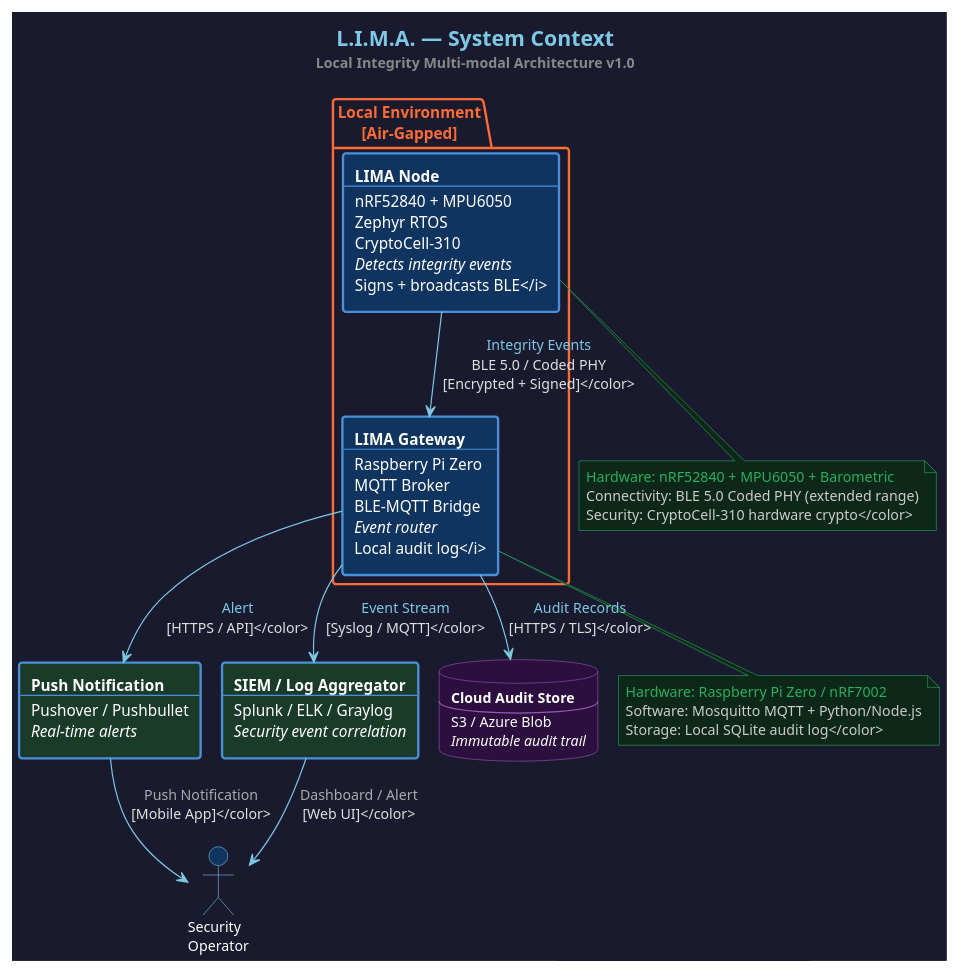
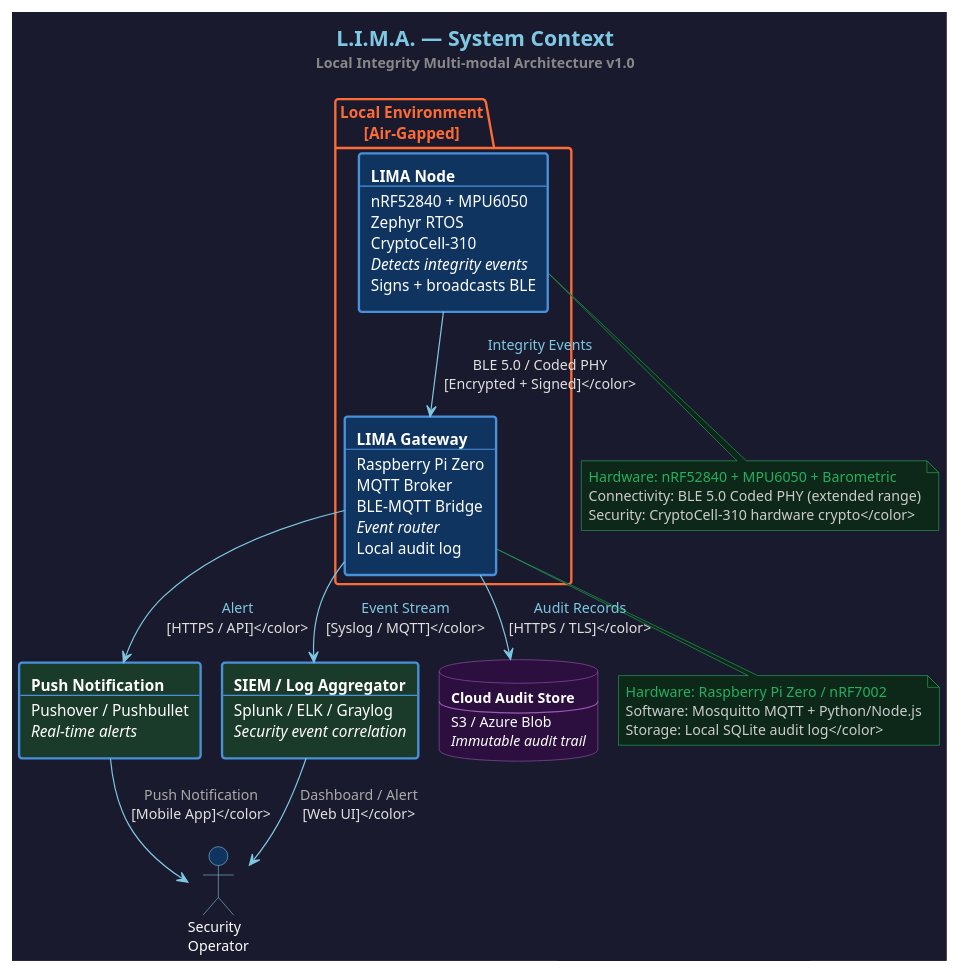
The diagram in docs/architecture/context.puml (jknoxdev/lima-node), drawn with PlantUML before and after one commit.

Commit message:
removed non-rendered italic closures

```diff
--- a/docs/architecture/context.puml
+++ b/docs/architecture/context.puml
@@ -1,65 +1,65 @@
 @startuml context
 !pragma layout smetana
 
 skinparam {
     BackgroundColor #1a1a2e
     ArrowColor #7EC8E3
     ArrowFontColor #CCCCCC
     ArrowFontSize 11
     DefaultFontName Arial
     DefaultFontColor #E0E0E0
     DefaultFontSize 12
     RectangleBorderColor #4A90D9
     RectangleBorderThickness 2
     RectangleBackgroundColor #0f3460
     RectangleFontColor #FFFFFF
     RectangleFontSize 13
     PackageBorderColor #FF6B35
     PackageBorderThickness 2
     PackageBackgroundColor #1a1a2e
     PackageFontColor #FF6B35
     PackageFontSize 13
     ActorBorderColor #7EC8E3
     ActorBackgroundColor #0f3460
     ActorFontColor #FFFFFF
     DatabaseBorderColor #9B59B6
     DatabaseBackgroundColor #2C0E3F
     DatabaseFontColor #FFFFFF
     NoteBorderColor #27AE60
     NoteBackgroundColor #0D2818
     NoteFontColor #CCCCCC
 }
 
 title <size:18><color:#7EC8E3><b>L.I.M.A. — System Context</b></color></size>\n<size:12><color:#888888>Local Integrity Multi-modal Architecture v1.0</color></size>
 
 actor "Security\nOperator" as operator #0f3460
 
 package "Local Environment\n[Air-Gapped]" as local {
-    rectangle "<b>LIMA Node</b>\n--\nnRF52840 + MPU6050\nZephyr RTOS\nCryptoCell-310\n<i>Detects integrity events\nSigns + broadcasts BLE</i>" as node #0f3460
-    rectangle "<b>LIMA Gateway</b>\n--\nRaspberry Pi Zero\nMQTT Broker\nBLE-MQTT Bridge\n<i>Event router\nLocal audit log</i>" as gateway #0f3460
+    rectangle "<b>LIMA Node</b>\n--\nnRF52840 + MPU6050\nZephyr RTOS\nCryptoCell-310\n<i>Detects integrity events\nSigns + broadcasts BLE" as node #0f3460
+    rectangle "<b>LIMA Gateway</b>\n--\nRaspberry Pi Zero\nMQTT Broker\nBLE-MQTT Bridge\n<i>Event router\nLocal audit log" as gateway #0f3460
 }
 
-rectangle "<b>Push Notification</b>\n--\nPushover / Pushbullet\n<i>Real-time alerts</i>" as push #1a3a2a
-rectangle "<b>SIEM / Log Aggregator</b>\n--\nSplunk / ELK / Graylog\n<i>Security event correlation</i>" as siem #1a3a2a
-database "<b>Cloud Audit Store</b>\n--\nS3 / Azure Blob\n<i>Immutable audit trail</i>" as cloud #2C0E3F
+rectangle "<b>Push Notification</b>\n--\nPushover / Pushbullet\n<i>Real-time alerts" as push #1a3a2a
+rectangle "<b>SIEM / Log Aggregator</b>\n--\nSplunk / ELK / Graylog\n<i>Security event correlation" as siem #1a3a2a
+database "<b>Cloud Audit Store</b>\n--\nS3 / Azure Blob\n<i>Immutable audit trail" as cloud #2C0E3F
 
 node --> gateway : <color:#7EC8E3>Integrity Events\nBLE 5.0 / Coded PHY\n[Encrypted + Signed]</color>
 gateway --> push : <color:#7EC8E3>Alert\n[HTTPS / API]</color>
 gateway --> siem : <color:#7EC8E3>Event Stream\n[Syslog / MQTT]</color>
 gateway --> cloud : <color:#7EC8E3>Audit Records\n[HTTPS / TLS]</color>
 push --> operator : <color:#AAAAAA>Push Notification\n[Mobile App]</color>
 siem --> operator : <color:#AAAAAA>Dashboard / Alert\n[Web UI]</color>
 
 note bottom of node
   <color:#27AE60>Hardware: nRF52840 + MPU6050 + Barometric
   Connectivity: BLE 5.0 Coded PHY (extended range)
   Security: CryptoCell-310 hardware crypto</color>
 end note
 
 note bottom of gateway
   <color:#27AE60>Hardware: Raspberry Pi Zero / nRF7002
   Software: Mosquitto MQTT + Python/Node.js
   Storage: Local SQLite audit log</color>
 end note
 
 @enduml
```
